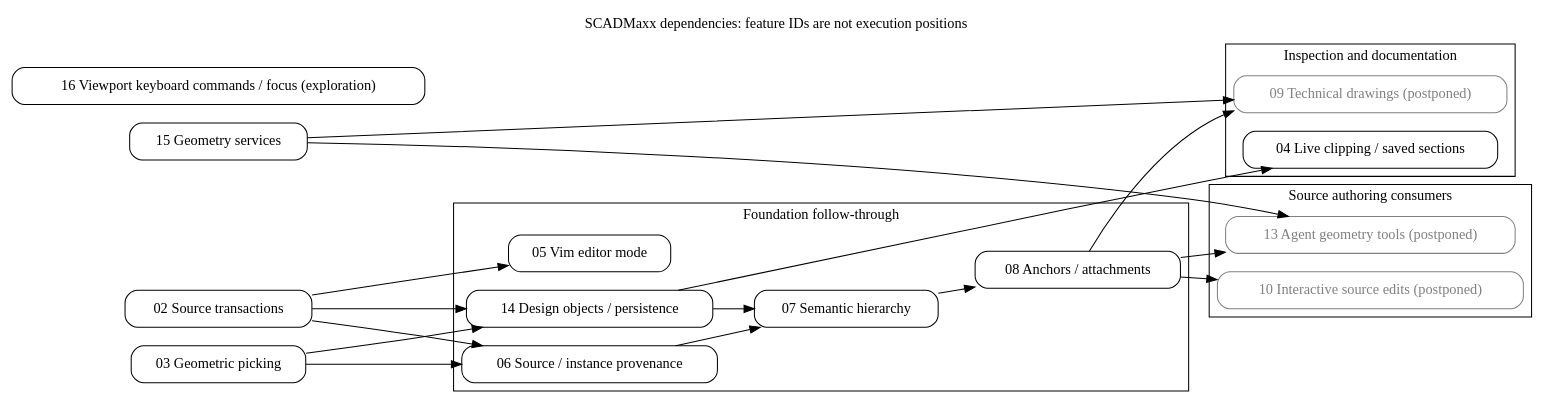
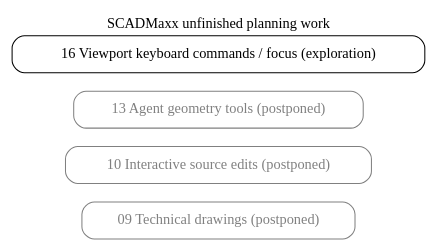
The diagram in .plans/feature_dependencies.dot (etjones/SCADMaxx), drawn with Graphviz before and after one commit. The commit also changed 16 other files, not shown here.

First line of the commit message:
Preserve feature ancestry with forward merges and pinned dependencies

```diff
--- a/.plans/feature_dependencies.dot
+++ b/.plans/feature_dependencies.dot
@@ -1,53 +1,13 @@
 digraph SCADMaxxFeatureDependencies {
-  graph [rankdir=LR, label="SCADMaxx dependencies: feature IDs are not execution positions", labelloc=t];
+  graph [rankdir=LR, label="SCADMaxx unfinished planning work", labelloc=t];
   node [shape=box, style=rounded];
 
-  // Sparse unfinished-work graph: redundant transitive edges and independent 01 are omitted.
-  // Existing selected source prerequisites and full direct dependencies are in the overview's 3_overall-plan.md.
-  // 03/14 have specified foundation plans; this does not claim they are implemented.
-  // First priority: 01/02/03, then 05 after 02 and 06/14 after 02/03, then 04.
-  // Semantic contributions are owned by dependent 06/07/08 branches.
-  subgraph cluster_foundations {
-    label="Foundations";
-    source [label="02 Source transactions", URL="1_planning/2026-10-03_02_source-editing-foundation/1_exploration.md"];
-    picking [label="03 Geometric picking", URL="1_planning/2026-10-03_03_selection-model-inspector/1_exploration.md"];
-    geometry [label="15 Geometry services", URL="1_planning/2026-10-03_15_geometry-services/1_exploration.md"];
-  }
-  subgraph cluster_followthrough {
-    label="Foundation follow-through";
-    vim [label="05 Vim editor mode", URL="1_planning/2026-10-03_05_vim-editor-mode/1_exploration.md"];
-    provenance [label="06 Source / instance provenance", URL="1_planning/2026-10-03_06_source-geometry-provenance/1_exploration.md"];
-    hierarchy [label="07 Semantic hierarchy", URL="3_done/2026-10-03_07_semantic-model-hierarchy/1_exploration.md"];
-    anchors [label="08 Anchors / attachments", URL="3_done/2026-10-03_08_anchors-attachments/1_exploration.md"];
-    persistence [label="14 Design objects / persistence", URL="1_planning/2026-10-03_14_design-object-persistence/1_exploration.md"];
-  }
-  subgraph cluster_inspection {
-    label="Inspection and documentation";
-    clips [label="04 Live clipping / saved sections", URL="1_planning/2026-10-03_04_live-clipping-sections/1_exploration.md"];
-    drawings [label="09 Technical drawings (postponed)", color=gray, fontcolor=gray, URL="1_planning/2026-10-03_09_technical-drawings/1_exploration.md"];
-  }
-  subgraph cluster_authoring {
-    label="Source authoring consumers";
-    editing [label="10 Interactive source edits (postponed)", color=gray, fontcolor=gray, URL="1_planning/2026-10-03_10_interactive-source-editing/1_exploration.md"];
-    analysis [label="13 Agent geometry tools (postponed)", color=gray, fontcolor=gray, URL="1_planning/2026-10-03_13_agent-geometry-analysis/1_exploration.md"];
-  }
-  { rank=same; source; picking; geometry; }
-  source -> provenance;
-  source -> vim;
-  picking -> provenance;
-  source -> persistence;
-  picking -> persistence;
-  provenance -> hierarchy;
-  persistence -> hierarchy;
-  hierarchy -> anchors;
-  persistence -> clips;
-  anchors -> drawings;
-  geometry -> drawings;
-  anchors -> editing;
+  // Implemented prerequisites are omitted from this sparse work-order graph.
+  // Actual maintained source ancestry, including completed foundations, is in
+  // ../experimental/DEPENDENCIES.json and ../docs/feature-ancestry.md.
+  // 09/10/13 consume existing foundations; none depends on another consumer UI.
+  drawings [label="09 Technical drawings (postponed)", color=gray, fontcolor=gray, URL="1_planning/2026-10-03_09_technical-drawings/1_exploration.md"];
+  editing [label="10 Interactive source edits (postponed)", color=gray, fontcolor=gray, URL="1_planning/2026-10-03_10_interactive-source-editing/1_exploration.md"];
+  analysis [label="13 Agent geometry tools (postponed)", color=gray, fontcolor=gray, URL="1_planning/2026-10-03_13_agent-geometry-analysis/1_exploration.md"];
   keyboard [label="16 Viewport keyboard commands / focus (exploration)", URL="1_planning/2026-10-04_16_viewport-keyboard-commands/1_exploration.md"];
-  // 12's complete tool coverage is now available; command/focus foundation work remains independent.
-  anchors -> analysis;
-  geometry -> analysis;
-  // Drawings consume 14's Section type, not the clipping dock. Provider metadata does not require anchors.
-  // 09/10/13 share foundations; none depends on another consumer's UI implementation.
 }
```
